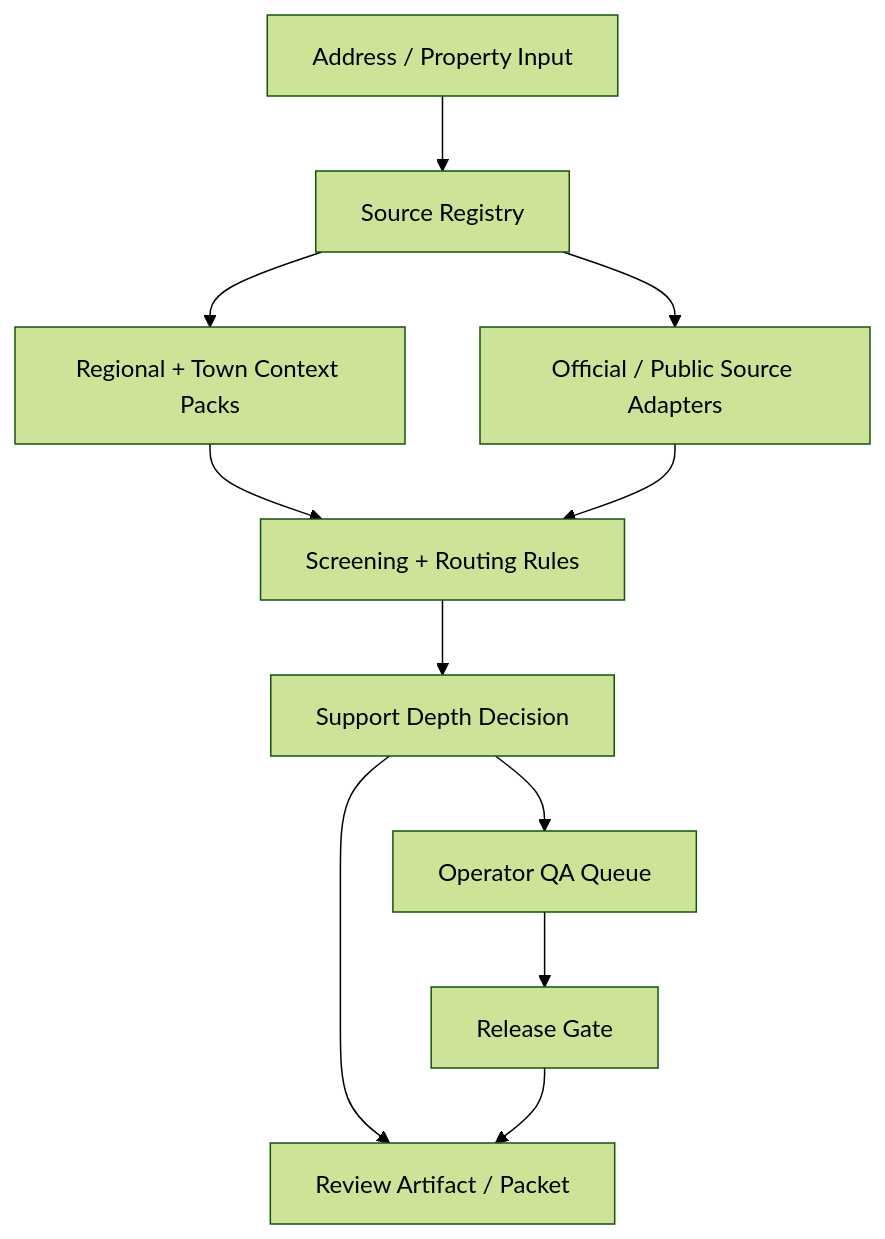
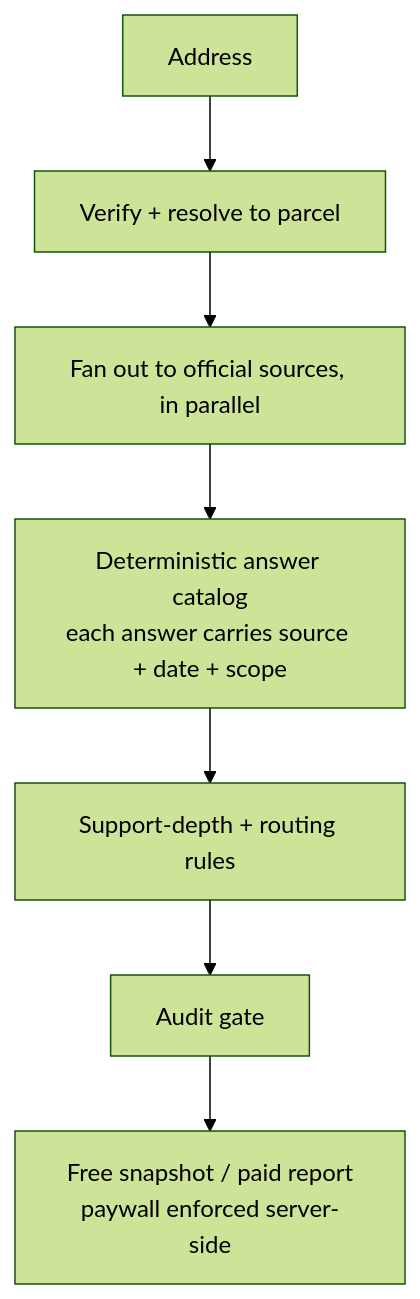
One commit to sulmusic2-star/lasting-ground-showcase changed the diagram in README.md. Above: the diagram before and after it, drawn with Mermaid (forest theme). The commit also changed other lines of this file, not shown here.

Commit message:
Rewrite README: answer-engine framing, real live-engine screenshot, tighter and de-slopped

````diff
--- a/README.md
+++ b/README.md
@@ -66,13 +37,9 @@
 ```mermaid
 flowchart TD
-  A[Address / Property Input] --> B[Source Registry]
-  B --> C[Regional + Town Context Packs]
-  B --> D[Official / Public Source Adapters]
-  C --> E[Screening + Routing Rules]
-  D --> E
-  E --> F[Support Depth Decision]
-  F --> G[Review Artifact / Packet]
-  F --> H[Operator QA Queue]
-  H --> I[Release Gate]
-  I --> G
+  A[Address] --> B[Verify + resolve to parcel]
+  B --> C[Fan out to official sources, in parallel]
+  C --> D[Deterministic answer catalog<br/>each answer carries source + date + scope]
+  D --> E[Support-depth + routing rules]
+  E --> F[Audit gate]
+  F --> G[Free snapshot / paid report<br/>paywall enforced server-side]
 ```
````
